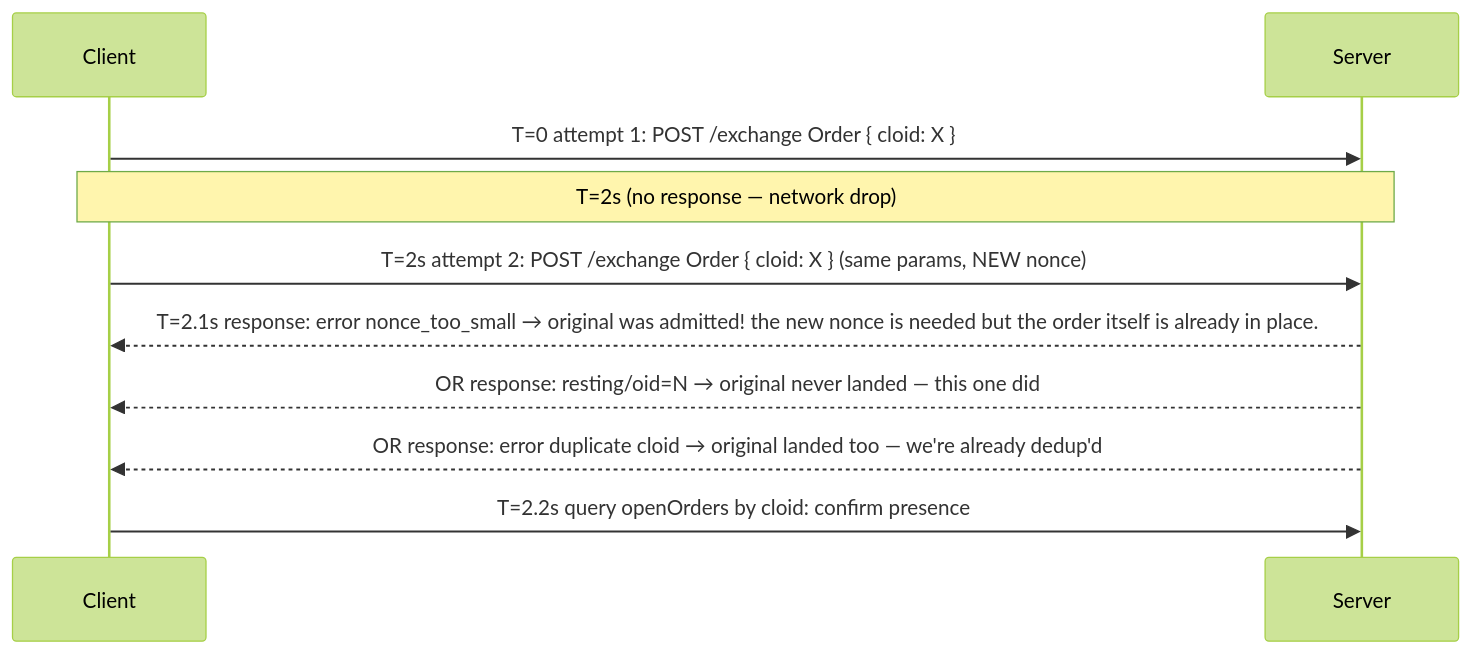
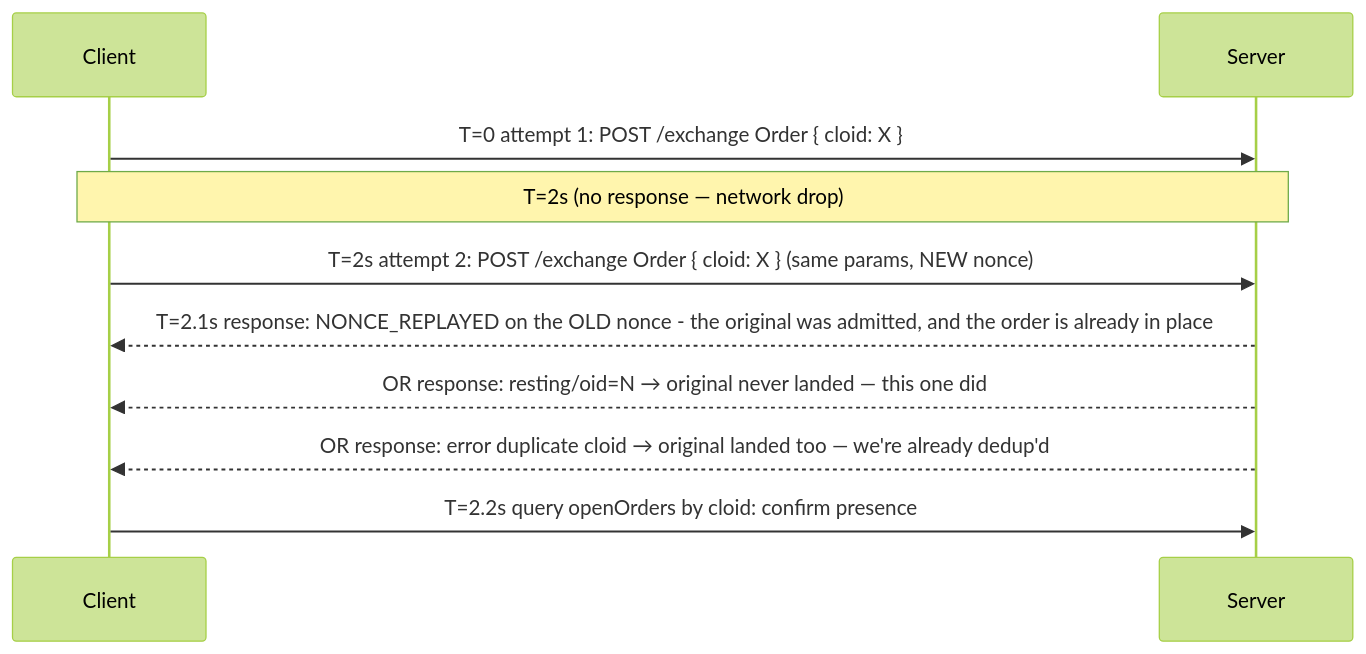
One commit to mtf-exchange/metaflux-knowledges changed the third of 3 diagrams in docs/integration/idempotency.md. Above: the diagram before and after it, drawn with Mermaid (forest theme). The commit also changed other lines of this file and 15 other files, not shown here.

````diff
--- a/docs/integration/idempotency.md
+++ b/docs/integration/idempotency.md
@@ -150,12 +160,12 @@
 ```mermaid
 sequenceDiagram
     participant C as Client
     participant S as Server
     C->>S: T=0 attempt 1: POST /exchange Order { cloid: X }
     Note over C,S: T=2s (no response — network drop)
     C->>S: T=2s attempt 2: POST /exchange Order { cloid: X } (same params, NEW nonce)
-    S-->>C: T=2.1s response: error nonce_too_small → original was admitted! the new nonce is needed but the order itself is already in place.
+    S-->>C: T=2.1s response: NONCE_REPLAYED on the OLD nonce - the original was admitted, and the order is already in place
     S-->>C: OR response: resting/oid=N → original never landed — this one did
     S-->>C: OR response: error duplicate cloid → original landed too — we're already dedup'd
     C->>S: T=2.2s query openOrders by cloid: confirm presence
 ```
````
